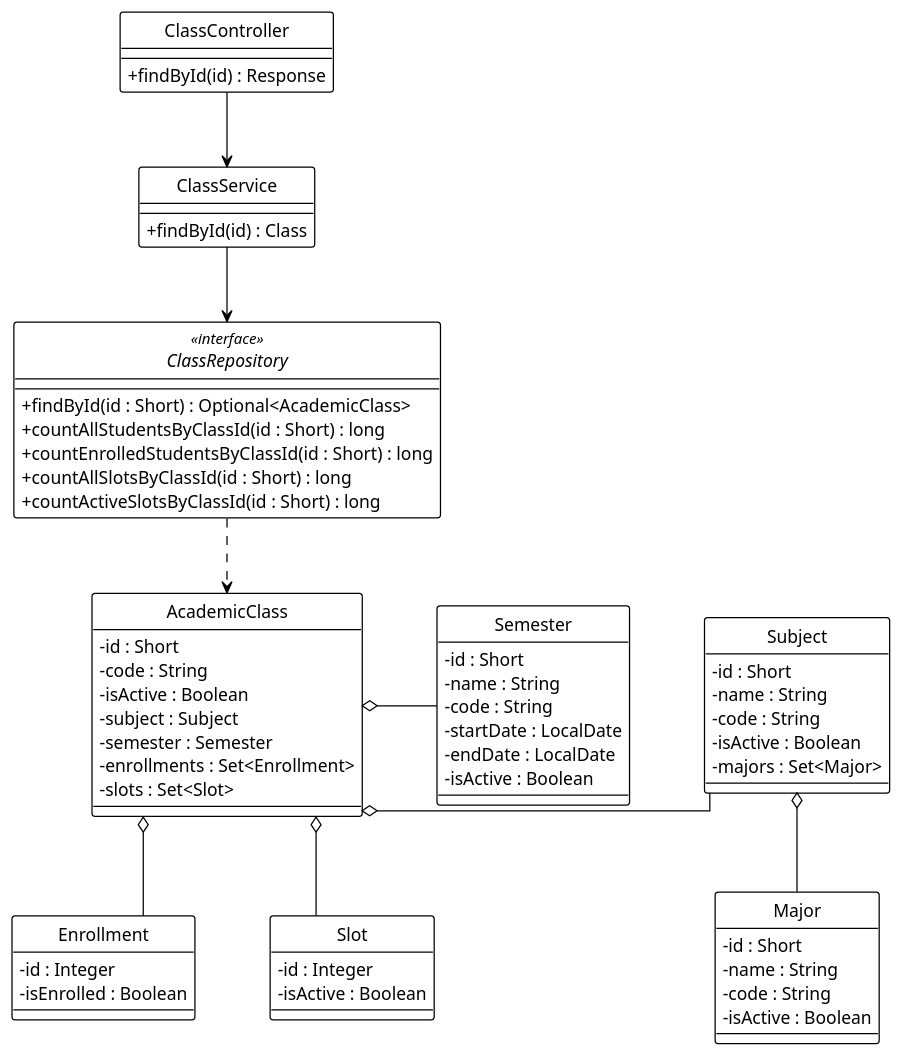
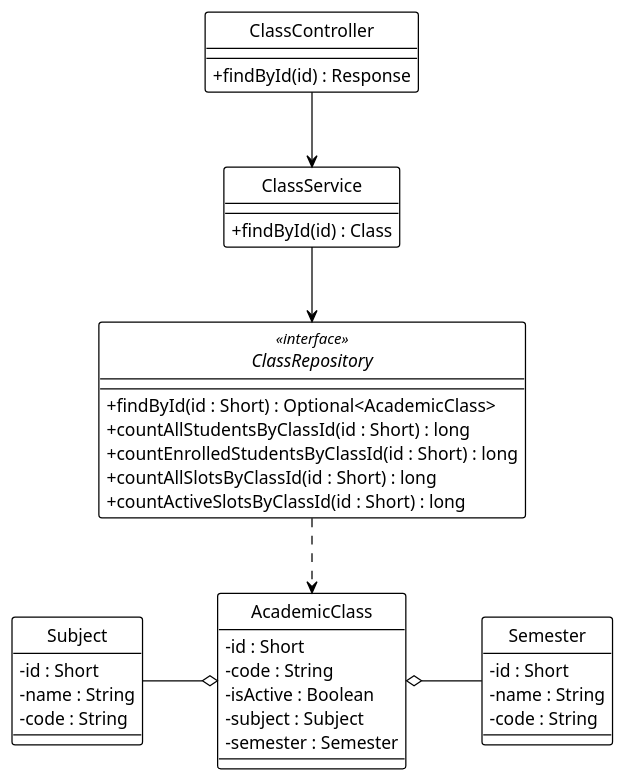
Before and after one commit to Ndh474/context: the diagram in system_detailed_design/24_view_class_details/class_diagram_view_class_details.puml, drawn with PlantUML. The commit also changed 17 other files, not shown here.

```diff
--- a/system_detailed_design/24_view_class_details/class_diagram_view_class_details.puml
+++ b/system_detailed_design/24_view_class_details/class_diagram_view_class_details.puml
@@ -1,89 +1,62 @@
 @startuml view_class_details
 !theme plain
 hide circle
 skinparam classAttributeIconSize 0
 
 ' --- CẤU HÌNH "ORTHO" (BẮT BUỘC) ---
 skinparam linetype ortho
 skinparam nodesep 60
 skinparam ranksep 60
 
 ' --- CONTROLLER ---
 class ClassController {
   + findById(id) : Response
 }
 
 ' --- SERVICE ---
 class ClassService {
   + findById(id) : Class
 }
 
 ' --- REPOSITORY ---
 interface ClassRepository <<interface>> {
   + findById(id : Short) : Optional<AcademicClass>
   + countAllStudentsByClassId(id : Short) : long
   + countEnrolledStudentsByClassId(id : Short) : long
   + countAllSlotsByClassId(id : Short) : long
   + countActiveSlotsByClassId(id : Short) : long
 }
 
 ' --- ENTITIES ---
 class AcademicClass {
   - id : Short
   - code : String
   - isActive : Boolean
   - subject : Subject
   - semester : Semester
-  - enrollments : Set<Enrollment>
-  - slots : Set<Slot>
 }
 
 class Subject {
   - id : Short
   - name : String
   - code : String
-  - isActive : Boolean
-  - majors : Set<Major>
 }
 
 class Semester {
   - id : Short
   - name : String
   - code : String
-  - startDate : LocalDate
-  - endDate : LocalDate
-  - isActive : Boolean
-}
-
-class Major {
-  - id : Short
-  - name : String
-  - code : String
-  - isActive : Boolean
-}
-
-class Enrollment {
-  - id : Integer
-  - isEnrolled : Boolean
-}
-
-class Slot {
-  - id : Integer
-  - isActive : Boolean
 }
 
 ' --- DEPENDENCY INJECTION (Association) ---
 ClassController -down-> ClassService
 ClassService -down-> ClassRepository
 
 ' --- REPOSITORY USAGE (Dependency) ---
 ClassRepository .down.> AcademicClass
 
 ' --- ENTITY RELATIONSHIPS (Aggregation) ---
-AcademicClass o-right- Subject
+AcademicClass o-left- Subject
 AcademicClass o-right- Semester
-AcademicClass o-down- Enrollment
-AcademicClass o-down- Slot
-Subject o-down- Major
 
 @enduml
```
